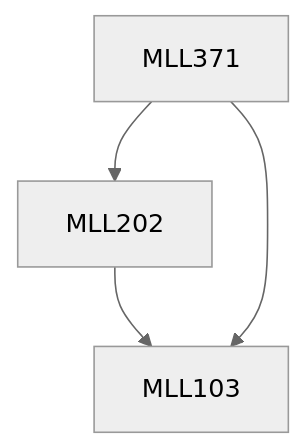
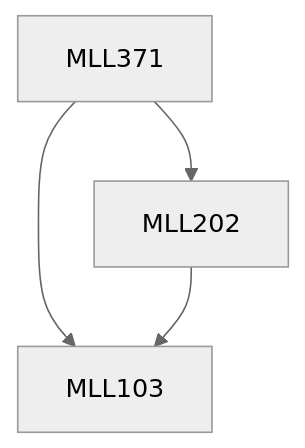
Before and after one commit to KeshavBansal0122/CoS_Website: the diagram in content/Materials Science and Engineering/MLL371.md, drawn with Mermaid (neutral theme). The commit also changed other lines of this file and 2662 other files, not shown here.

````diff
--- a/content/Materials Science and Engineering/MLL371.md
+++ b/content/Materials Science and Engineering/MLL371.md
@@ -21,10 +21,10 @@
 ```mermaid
 flowchart TD
 MLL371-497[MLL371]
+MLL371-497 --> MLL103-497[MLL103]
+MLL202-497 --> MLL103-497[MLL103]
 MLL371-497 --> MLL202-497[MLL202]
-MLL202-497 --> MLL103-497[MLL103]
-MLL371-497 --> MLL103-497[MLL103]
 
 classDef empty height:17px, fill:transparent, stroke:transparent;
 classDef trueEmpty height:0px, width:0px;
 ```
````
